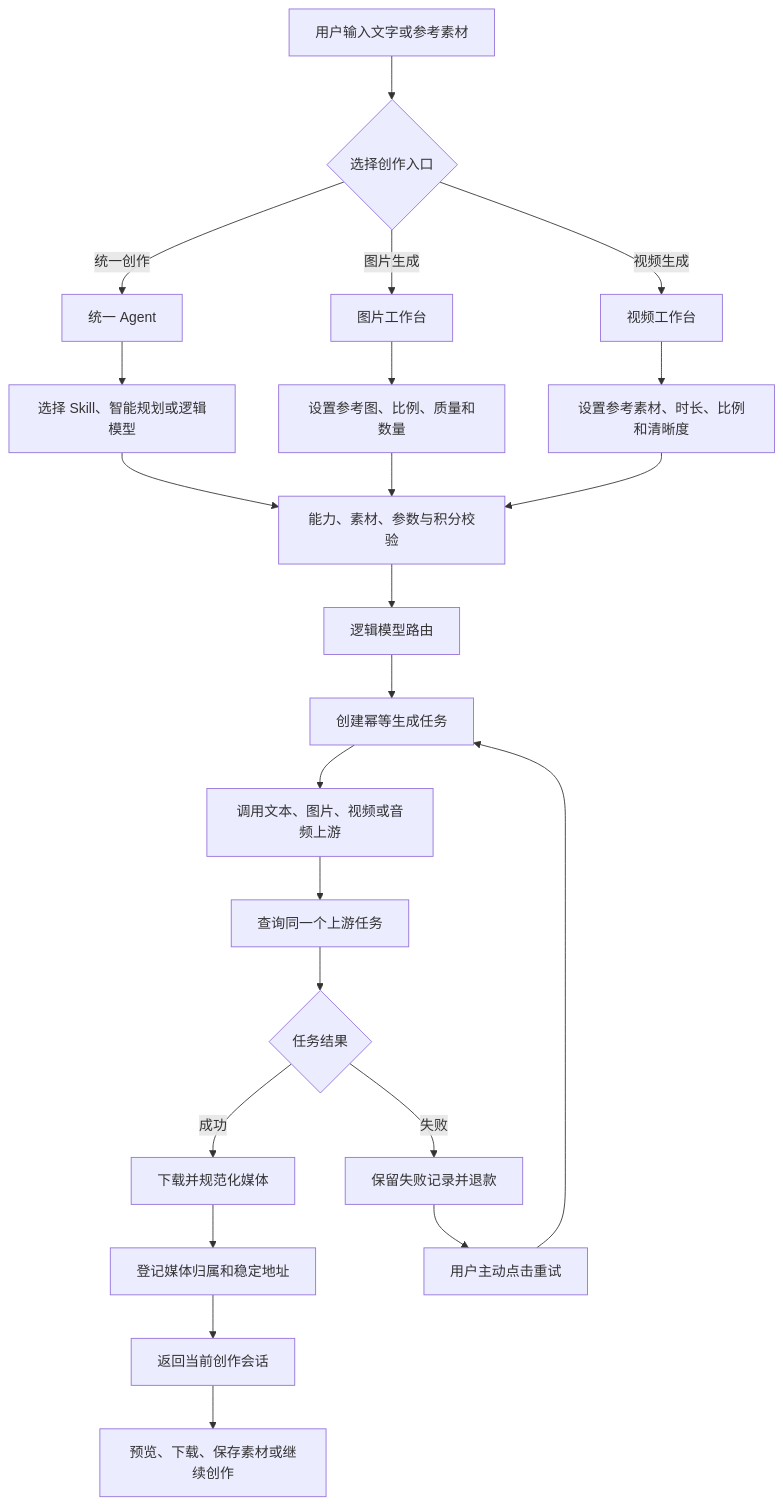
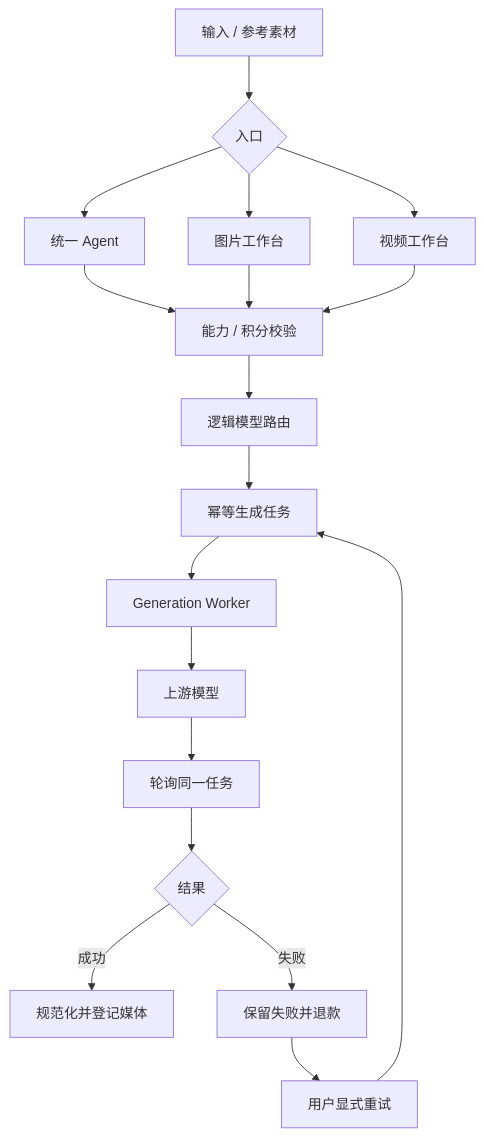
One commit to jiujiu532/JoveCanvas changed the third of 6 diagrams in README.md. Above: the diagram before and after it, drawn with Mermaid. The commit also changed other lines of this file and 2 other files, not shown here.

````diff
--- a/README.md
+++ b/README.md
@@ -116,31 +108,20 @@
 ```mermaid
 flowchart TB
-    START["用户输入文字或参考素材"] --> ENTRY{"选择创作入口"}
-
-    ENTRY -->|统一创作| AGENT["统一 Agent"]
-    ENTRY -->|图片生成| IMAGE["图片工作台"]
-    ENTRY -->|视频生成| VIDEO["视频工作台"]
-
-    AGENT --> SKILL["选择 Skill、智能规划或逻辑模型"]
-    IMAGE --> IMAGE_PARAM["设置参考图、比例、质量和数量"]
-    VIDEO --> VIDEO_PARAM["设置参考素材、时长、比例和清晰度"]
-
-    SKILL --> CHECK["能力、素材、参数与积分校验"]
-    IMAGE_PARAM --> CHECK
-    VIDEO_PARAM --> CHECK
-
+    START["输入 / 参考素材"] --> ENTRY{"入口"}
+    ENTRY --> AGENT["统一 Agent"]
+    ENTRY --> IMAGE["图片工作台"]
+    ENTRY --> VIDEO["视频工作台"]
+    AGENT --> CHECK["能力 / 积分校验"]
+    IMAGE --> CHECK
+    VIDEO --> CHECK
     CHECK --> ROUTER["逻辑模型路由"]
-    ROUTER --> CREATE_TASK["创建幂等生成任务"]
-    CREATE_TASK --> PROVIDER["调用文本、图片、视频或音频上游"]
-    PROVIDER --> POLL["查询同一个上游任务"]
-    POLL --> RESULT{"任务结果"}
-
-    RESULT -->|成功| NORMALIZE["下载并规范化媒体"]
-    RESULT -->|失败| FAILED["保留失败记录并退款"]
-    FAILED --> RETRY["用户主动点击重试"]
-    RETRY --> CREATE_TASK
-
-    NORMALIZE --> SAVE["登记媒体归属和稳定地址"]
-    SAVE --> MESSAGE["返回当前创作会话"]
-    MESSAGE --> OPERATE["预览、下载、保存素材或继续创作"]
+    ROUTER --> TASK["幂等生成任务"]
+    TASK --> WORKER["Generation Worker"]
+    WORKER --> PROVIDER["上游模型"]
+    PROVIDER --> POLL["轮询同一任务"]
+    POLL --> RESULT{"结果"}
+    RESULT -->|成功| MEDIA["规范化并登记媒体"]
+    RESULT -->|失败| REFUND["保留失败并退款"]
+    REFUND --> RETRY["用户显式重试"]
+    RETRY --> TASK
 ```
````
